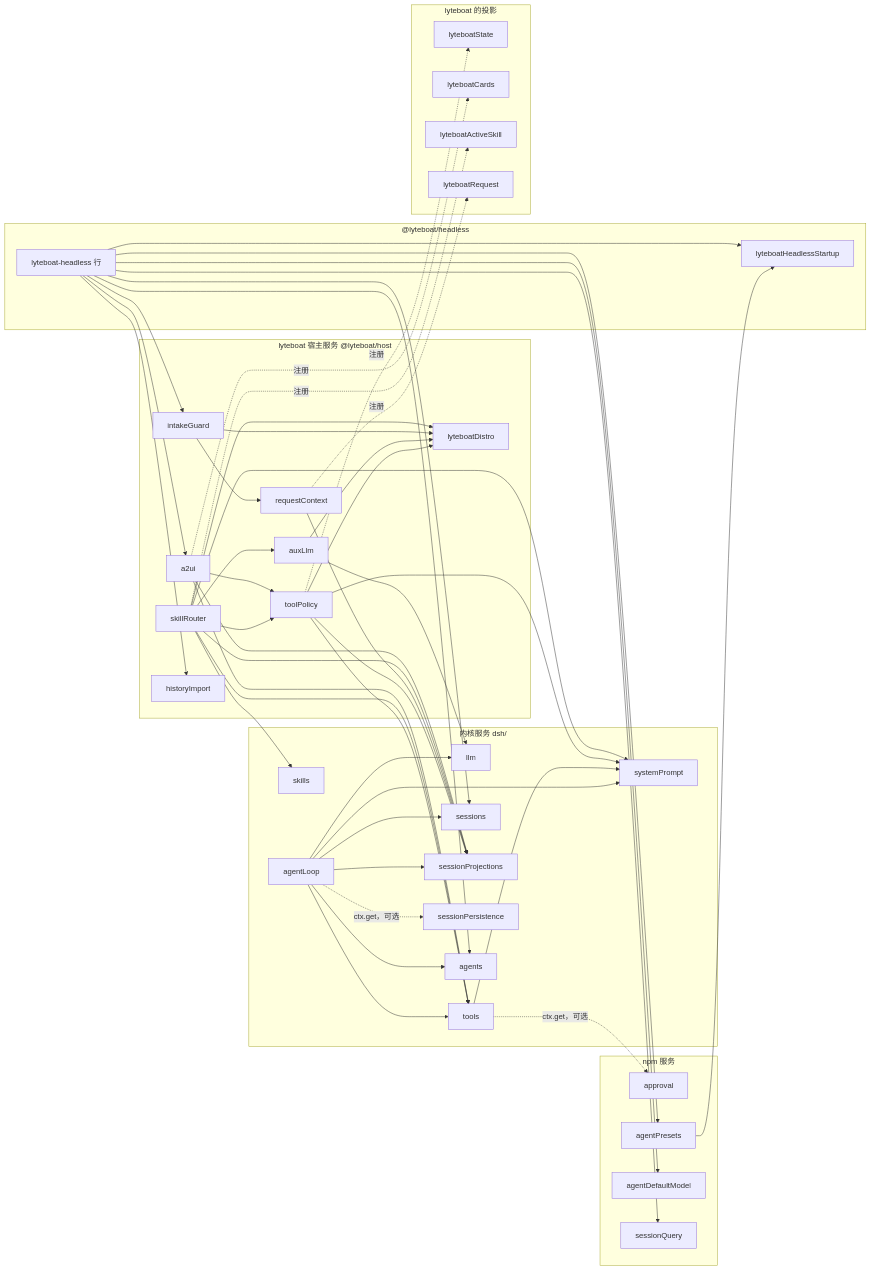
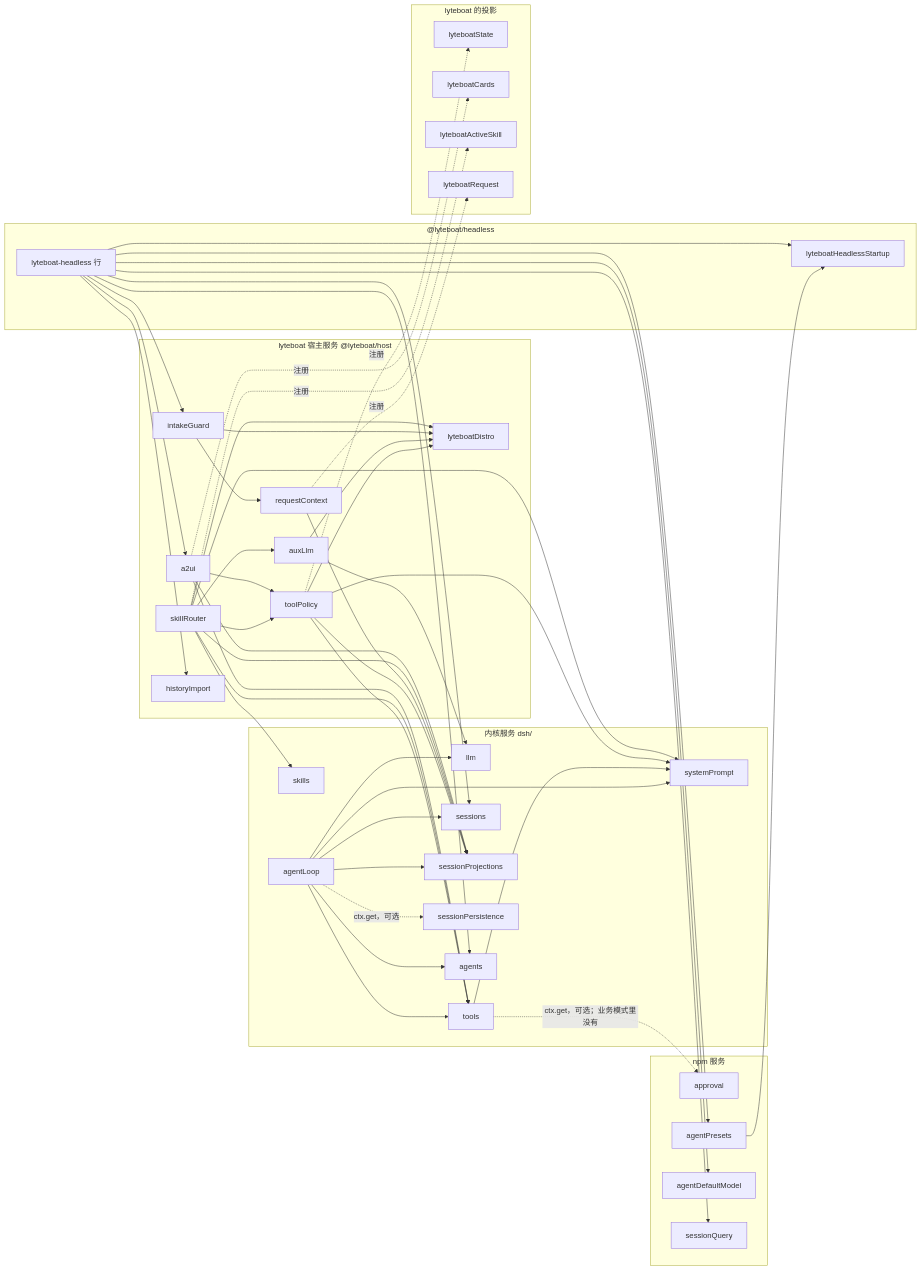
Before and after one commit to lyteboat/boat: the third of 11 diagrams in docs/01-architecture.md, drawn with Mermaid. The commit also changed other lines of this file and 10 other files, not shown here.

````diff
--- a/docs/01-architecture.md
+++ b/docs/01-architecture.md
@@ -159,56 +164,56 @@
 ```mermaid
 flowchart LR
   subgraph KS["内核服务 dsh/"]
     llm["llm"]
     tools["tools"]
     skills["skills"]
     sessions["sessions"]
     sp["systemPrompt"]
     proj["sessionProjections"]
     persist["sessionPersistence"]
     agentsS["agents"]
     loop["agentLoop"]
   end
   subgraph NS["npm 服务"]
     approval["approval"]
     presets["agentPresets"]
     dm["agentDefaultModel"]
     sq["sessionQuery"]
   end
   subgraph BS["lyteboat 宿主服务 @lyteboat/host"]
     distro["lyteboatDistro"]
     tp["toolPolicy"]
     aux["auxLlm"]
     rc["requestContext"]
     ig["intakeGuard"]
     sr["skillRouter"]
     a2ui["a2ui"]
     hi["historyImport"]
   end
   subgraph RS["@lyteboat/headless"]
     startup["lyteboatHeadlessStartup"]
     runner["lyteboat-headless 行"]
   end
   subgraph PS["lyteboat 的投影"]
     pState["lyteboatState"]
     pCards["lyteboatCards"]
     pSkill["lyteboatActiveSkill"]
     pReq["lyteboatRequest"]
   end
   loop --> agentsS & sessions & llm & tools & sp & proj
   tools --> sp
   tp --> tools & proj & sp & distro
   aux --> llm & distro
   rc --> proj
   ig --> rc & distro
   sr --> skills & aux & proj & sp & tools & tp & distro
   a2ui --> tools & tp & proj
   presets --> startup
   runner --> dm & agentsS & presets & sessions & sq & hi & a2ui & ig & startup
   tp -.->|"注册"| pState
   a2ui -.->|"注册"| pCards
   sr -.->|"注册"| pSkill
   rc -.->|"注册"| pReq
-  tools -.->|"ctx.get，可选"| approval
+  tools -.->|"ctx.get，可选；业务模式里没有"| approval
   loop -.->|"ctx.get，可选"| persist
 ```
````
